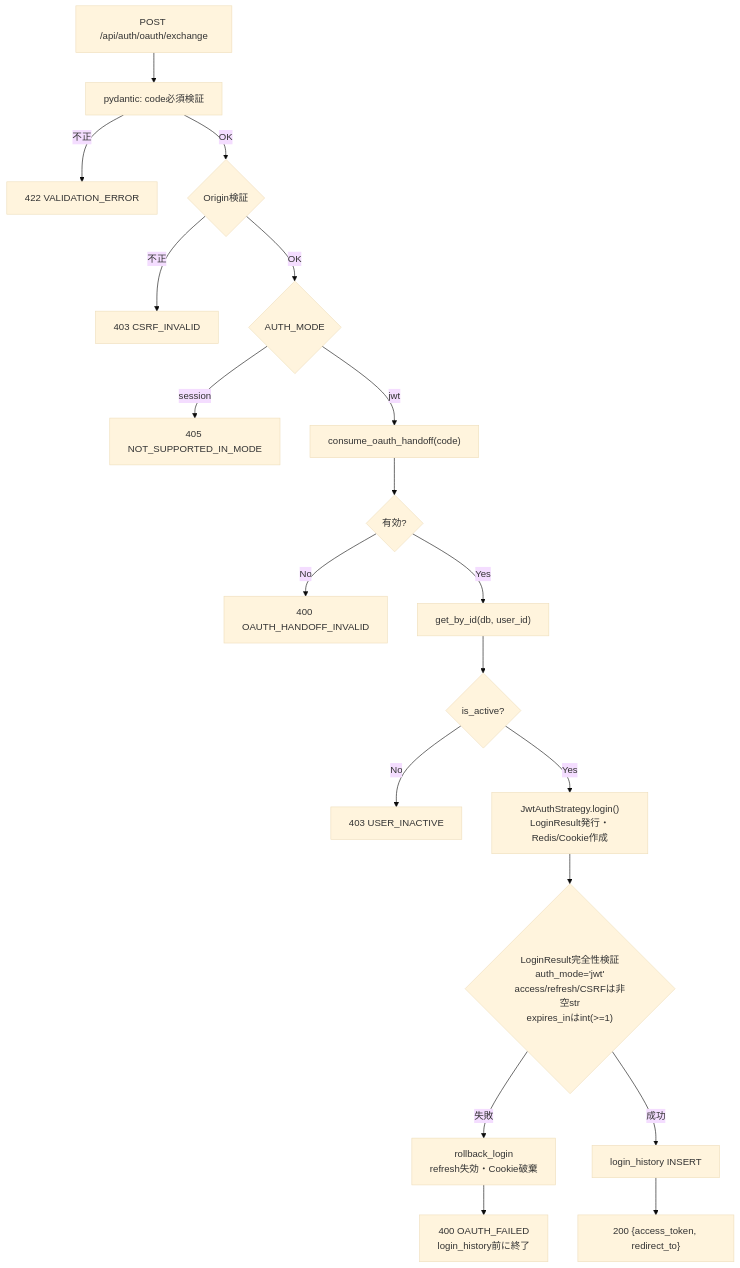
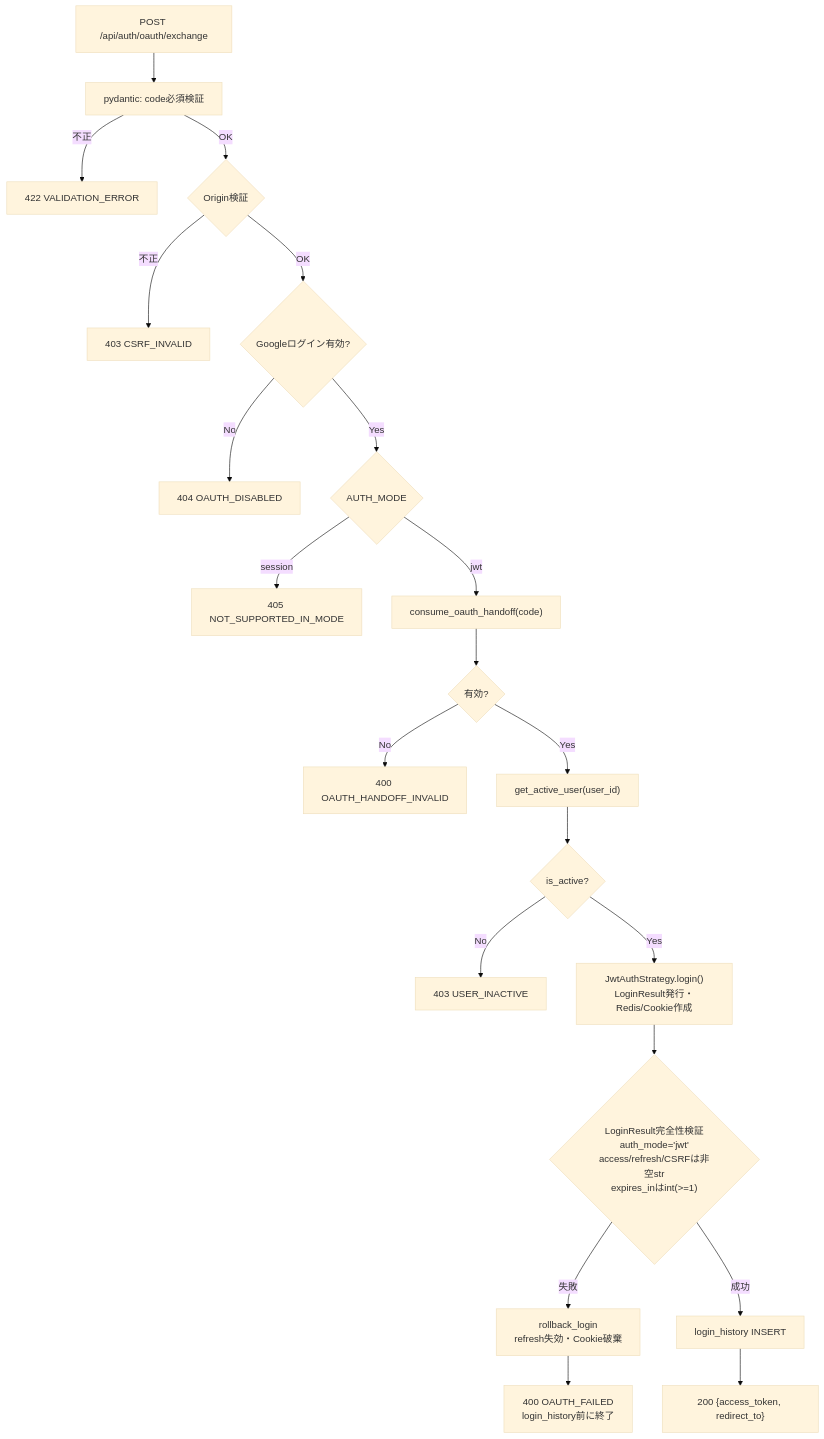
The second of 4 diagrams in docs/detailed_design/api/auth/13_post_auth_oauth_exchange.md (oikawa-d/task_management), drawn with Mermaid (base theme) before and after one commit. The commit also changed other lines of this file and 10 other files, not shown here.

````diff
--- a/docs/detailed_design/api/auth/13_post_auth_oauth_exchange.md
+++ b/docs/detailed_design/api/auth/13_post_auth_oauth_exchange.md
@@ -172,21 +178,23 @@
 ```mermaid
 flowchart TB
     A["POST /api/auth/oauth/exchange"] --> B["pydantic: code必須検証"]
     B -->|不正| Z1["422 VALIDATION_ERROR"]
     B -->|OK| C{"Origin検証"}
     C -->|不正| Z2["403 CSRF_INVALID"]
-    C -->|OK| D{"AUTH_MODE"}
-    D -->|session| Z3["405 NOT_SUPPORTED_IN_MODE"]
-    D -->|jwt| E["consume_oauth_handoff(code)"]
-    E --> F{"有効?"}
-    F -->|No| Z4["400 OAUTH_HANDOFF_INVALID"]
-    F -->|Yes| G["get_by_id(db, user_id)"]
-    G --> H{"is_active?"}
-    H -->|No| Z5["403 USER_INACTIVE"]
-    H -->|Yes| I["JwtAuthStrategy.login()\nLoginResult発行・Redis/Cookie作成"]
-    I --> J{"LoginResult完全性検証\nauth_mode='jwt'\naccess/refresh/CSRFは非空str\nexpires_inはint(>=1)"}
-    J -->|失敗| R["rollback_login\nrefresh失効・Cookie破棄"]
-    R --> Z6["400 OAUTH_FAILED\nlogin_history前に終了"]
-    J -->|成功| K["login_history INSERT"]
-    K --> L["200 {access_token, redirect_to}"]
+    C -->|OK| D{"Googleログイン有効?"}
+    D -->|No| Z3["404 OAUTH_DISABLED"]
+    D -->|Yes| E{"AUTH_MODE"}
+    E -->|session| Z4["405 NOT_SUPPORTED_IN_MODE"]
+    E -->|jwt| F["consume_oauth_handoff(code)"]
+    F --> G{"有効?"}
+    G -->|No| Z5["400 OAUTH_HANDOFF_INVALID"]
+    G -->|Yes| H["get_active_user(user_id)"]
+    H --> I{"is_active?"}
+    I -->|No| Z6["403 USER_INACTIVE"]
+    I -->|Yes| J["JwtAuthStrategy.login()\nLoginResult発行・Redis/Cookie作成"]
+    J --> K{"LoginResult完全性検証\nauth_mode='jwt'\naccess/refresh/CSRFは非空str\nexpires_inはint(>=1)"}
+    K -->|失敗| R["rollback_login\nrefresh失効・Cookie破棄"]
+    R --> Z7["400 OAUTH_FAILED\nlogin_history前に終了"]
+    K -->|成功| L["login_history INSERT"]
+    L --> M["200 {access_token, redirect_to}"]
 ```
````
